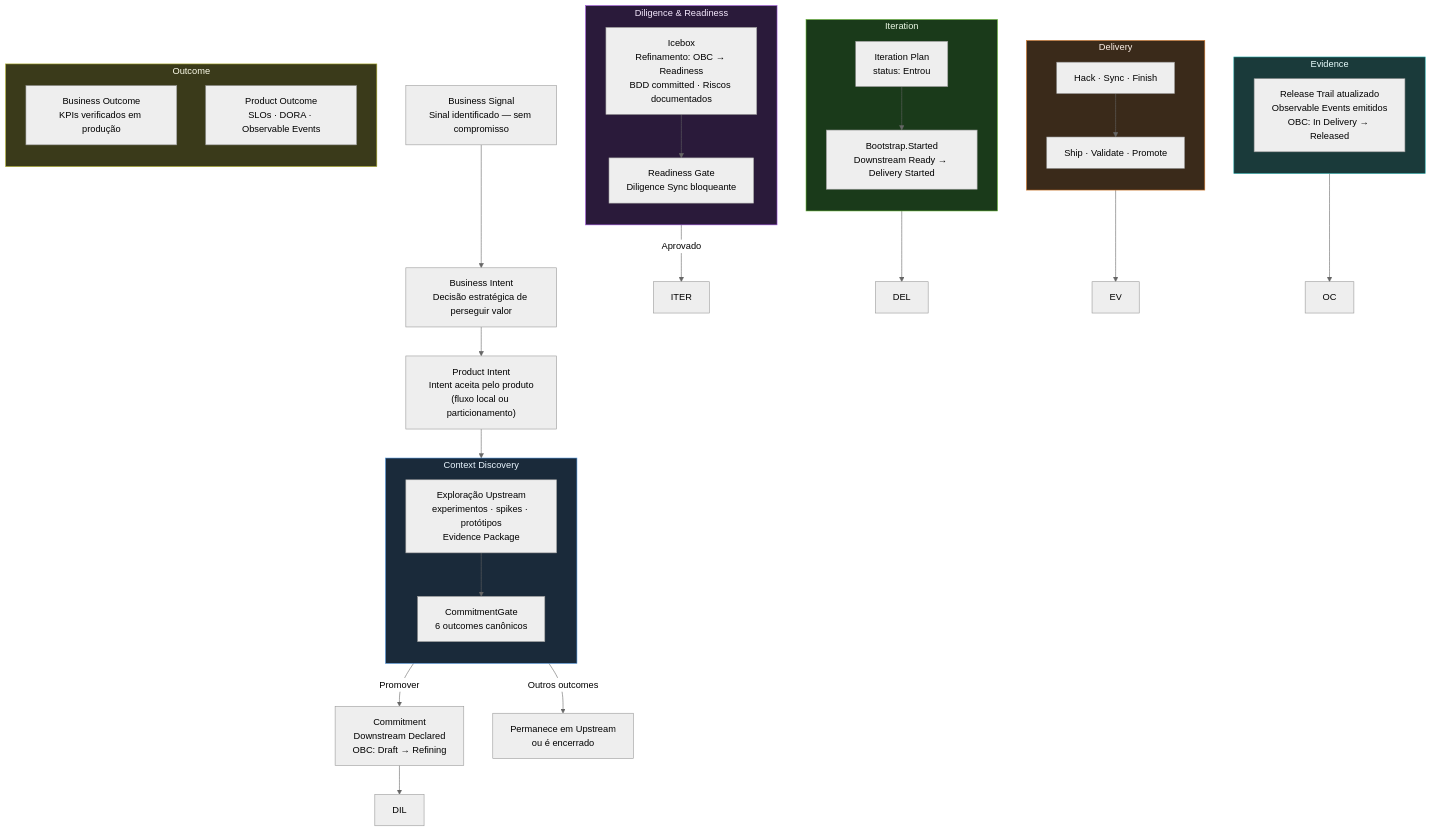
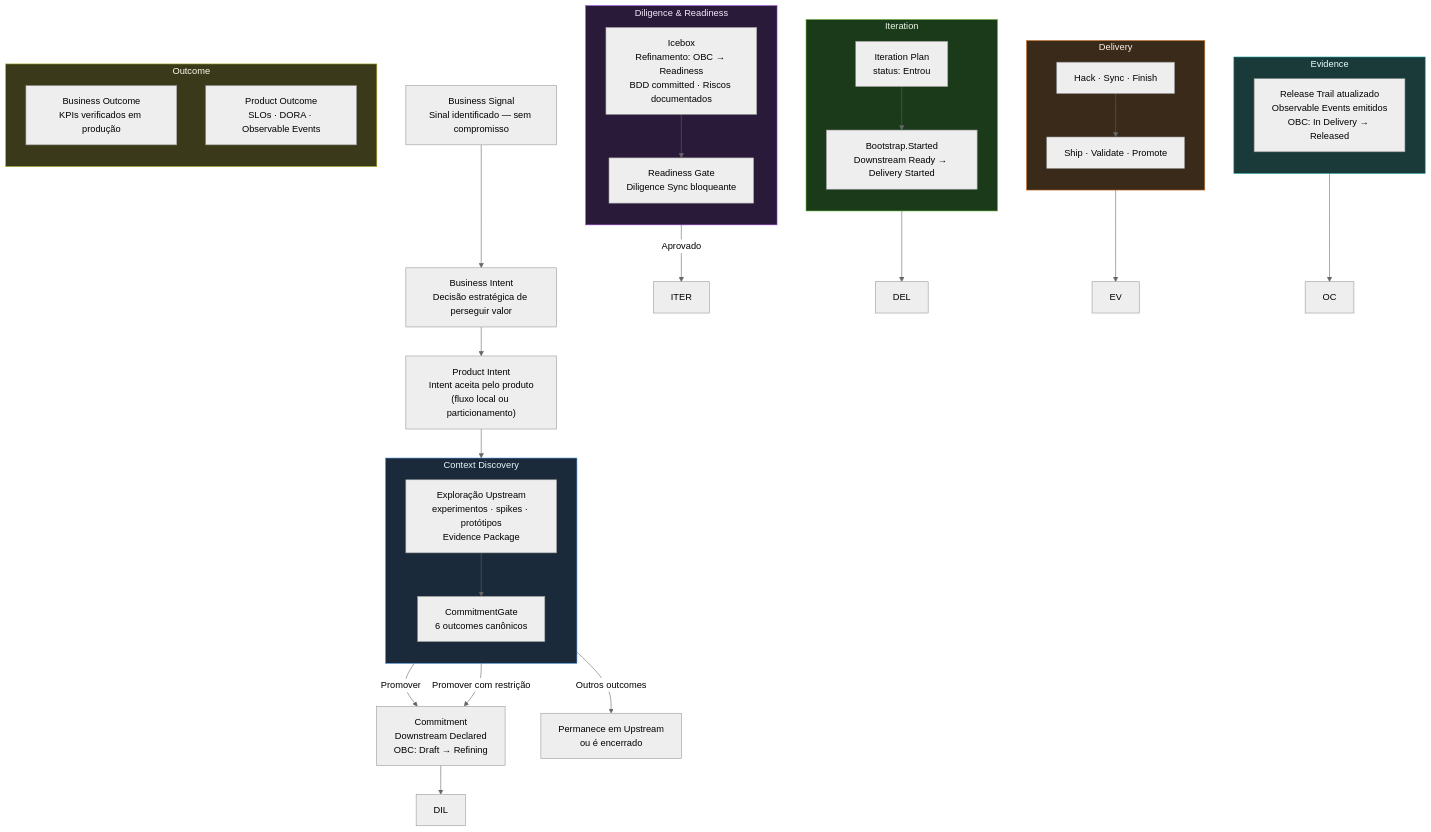
Before and after one commit to produtoreativo/prodops-framework: the diagram in prodops/framework/lifecycle.en.md, drawn with Mermaid (neutral theme). The commit also changed other lines of this file and 27 other files, not shown here.

First line of the commit message:
fix(canon): Issue #24 — Operational→Released, Assessment Review→gates, Promover com restrição, downstream 6 gates

````diff
--- a/prodops/framework/lifecycle.en.md
+++ b/prodops/framework/lifecycle.en.md
@@ -17,69 +17,70 @@
 ```mermaid
 flowchart TD
     BS["Business Signal\nSinal identificado — sem compromisso"] --> BI
     BI["Business Intent\nDecisão estratégica de perseguir valor"] --> PI
     PI["Product Intent\nIntent aceita pelo produto\n(fluxo local ou particionamento)"]
 
     PI --> EXP
 
     subgraph EXP_STAGE["Context Discovery"]
         direction TB
         EXP["Exploração Upstream\nexperimentos · spikes · protótipos\nEvidence Package"]
         CG["CommitmentGate\n6 outcomes canônicos"]
         EXP --> CG
     end
 
     CG -->|"Promover"| COMM
+    CG -->|"Promover com restrição"| COMM
     CG -->|"Outros outcomes"| PI_BACK["Permanece em Upstream\nou é encerrado"]
 
     COMM["Commitment\nDownstream Declared\nOBC: Draft → Refining"]
 
     COMM --> DIL
 
     subgraph DIL_STAGE["Diligence & Readiness"]
         direction TB
         ICE["Icebox\nRefinamento: OBC → Readiness\nBDD committed · Riscos documentados"]
         RG["Readiness Gate\nDiligence Sync bloqueante"]
         ICE --> RG
     end
 
     RG -->|"Aprovado"| ITER
 
     subgraph ITER_STAGE["Iteration"]
         direction TB
         IP["Iteration Plan\nstatus: Entrou"]
         BOOT["Bootstrap.Started\nDownstream Ready → Delivery Started"]
         IP --> BOOT
     end
 
     BOOT --> DEL
 
     subgraph DEL_STAGE["Delivery"]
         direction TB
         HACK["Hack · Sync · Finish"]
         SHIP["Ship · Validate · Promote"]
         HACK --> SHIP
     end
 
     SHIP --> EV
 
     subgraph EV_STAGE["Evidence"]
         direction TB
         RT["Release Trail atualizado\nObservable Events emitidos\nOBC: In Delivery → Released"]
     end
 
     RT --> OC
 
     subgraph OC_STAGE["Outcome"]
         direction TB
         BO["Business Outcome\nKPIs verificados em produção"]
         PO["Product Outcome\nSLOs · DORA · Observable Events"]
     end
 
     style EXP_STAGE fill:#1a2a3a,stroke:#4a90d9,color:#e8f4fd
     style DIL_STAGE fill:#2a1a3a,stroke:#9a50d9,color:#f4e8fd
     style ITER_STAGE fill:#1a3a1a,stroke:#5aad2a,color:#eaf7e4
     style DEL_STAGE fill:#3a2a1a,stroke:#d97a2a,color:#fdf0e8
     style EV_STAGE fill:#1a3a3a,stroke:#2aadad,color:#e8fdfd
     style OC_STAGE fill:#3a3a1a,stroke:#adad2a,color:#fdfdea
 ```
````
